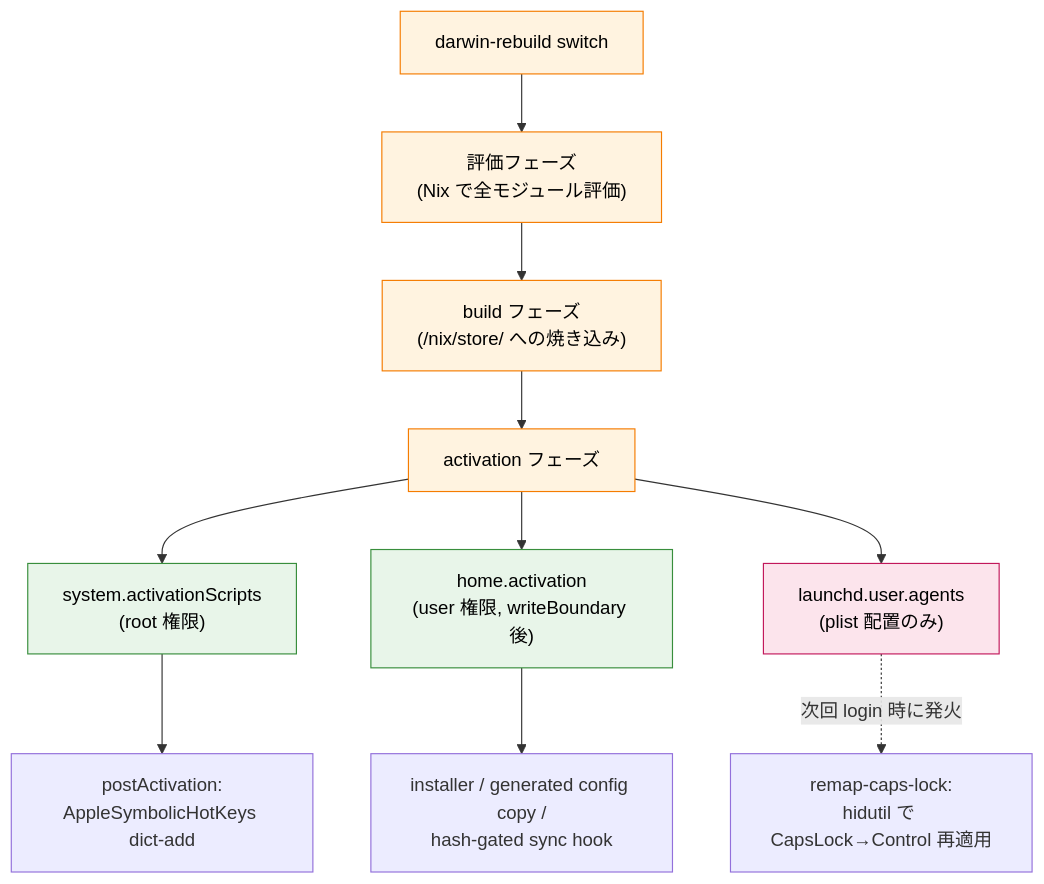
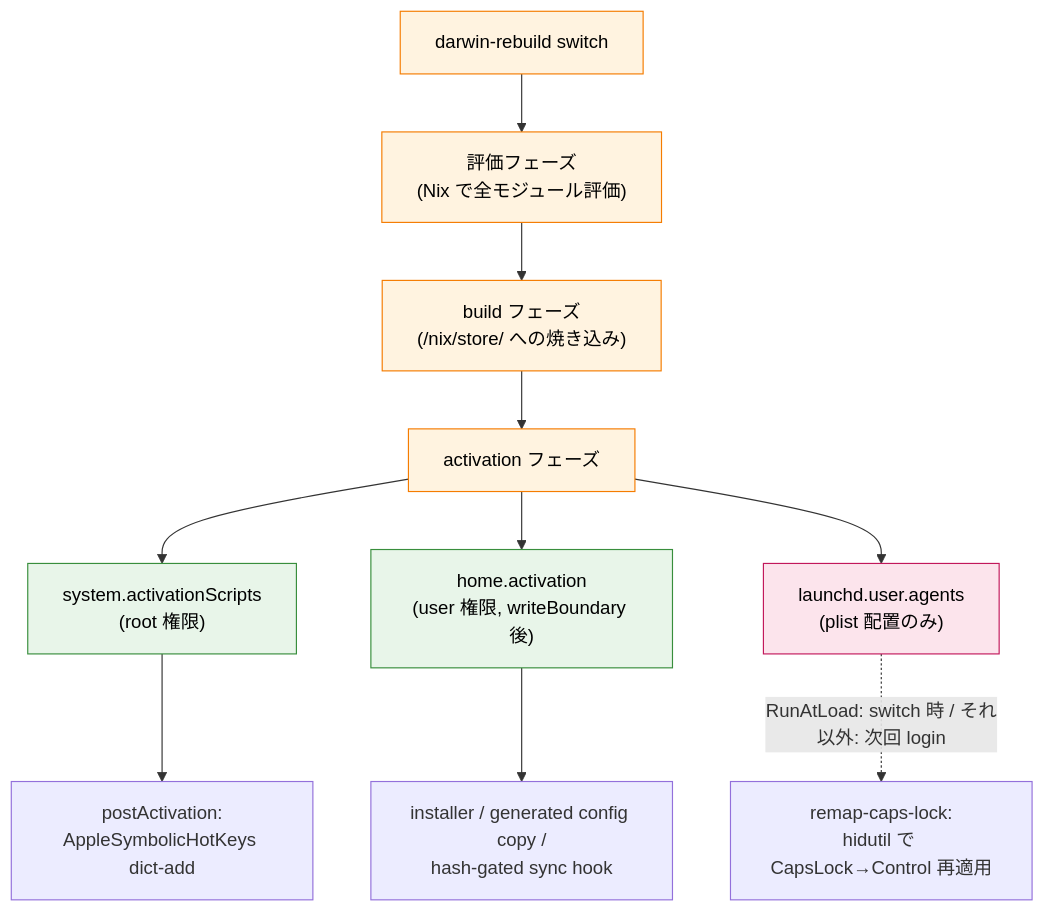
One commit to danimal141/dotfiles changed the third of 3 diagrams in docs/design-philosophy-ja.md. Above: the diagram before and after it, drawn with Mermaid. The commit also changed other lines of this file and 6 other files, not shown here.

````diff
--- a/docs/design-philosophy-ja.md
+++ b/docs/design-philosophy-ja.md
@@ -134,21 +138,21 @@
 ```mermaid
 flowchart TB
     classDef phase fill:#fff3e0,stroke:#f57c00,color:#000
     classDef hook fill:#e8f5e9,stroke:#388e3c,color:#000
     classDef agent fill:#fce4ec,stroke:#c2185b,color:#000
 
     DR["darwin-rebuild switch"]:::phase
     Eval["評価フェーズ<br/>(Nix で全モジュール評価)"]:::phase
     Build["build フェーズ<br/>(/nix/store/ への焼き込み)"]:::phase
     Act["activation フェーズ"]:::phase
 
     DR --> Eval --> Build --> Act
 
     Act --> Sys["system.activationScripts<br/>(root 権限)"]:::hook
     Act --> Home["home.activation<br/>(user 権限, writeBoundary 後)"]:::hook
     Act --> LA["launchd.user.agents<br/>(plist 配置のみ)"]:::agent
 
     Sys --> SysHook["postActivation:<br/>AppleSymbolicHotKeys dict-add"]
     Home --> HomeHook["installer / generated config copy /<br/>hash-gated sync hook"]
-    LA -.->|"次回 login 時に発火"| LAHook["remap-caps-lock:<br/>hidutil で CapsLock→Control 再適用"]
+    LA -.->|"RunAtLoad: switch 時 / それ以外: 次回 login"| LAHook["remap-caps-lock:<br/>hidutil で CapsLock→Control 再適用"]
 ```
````
